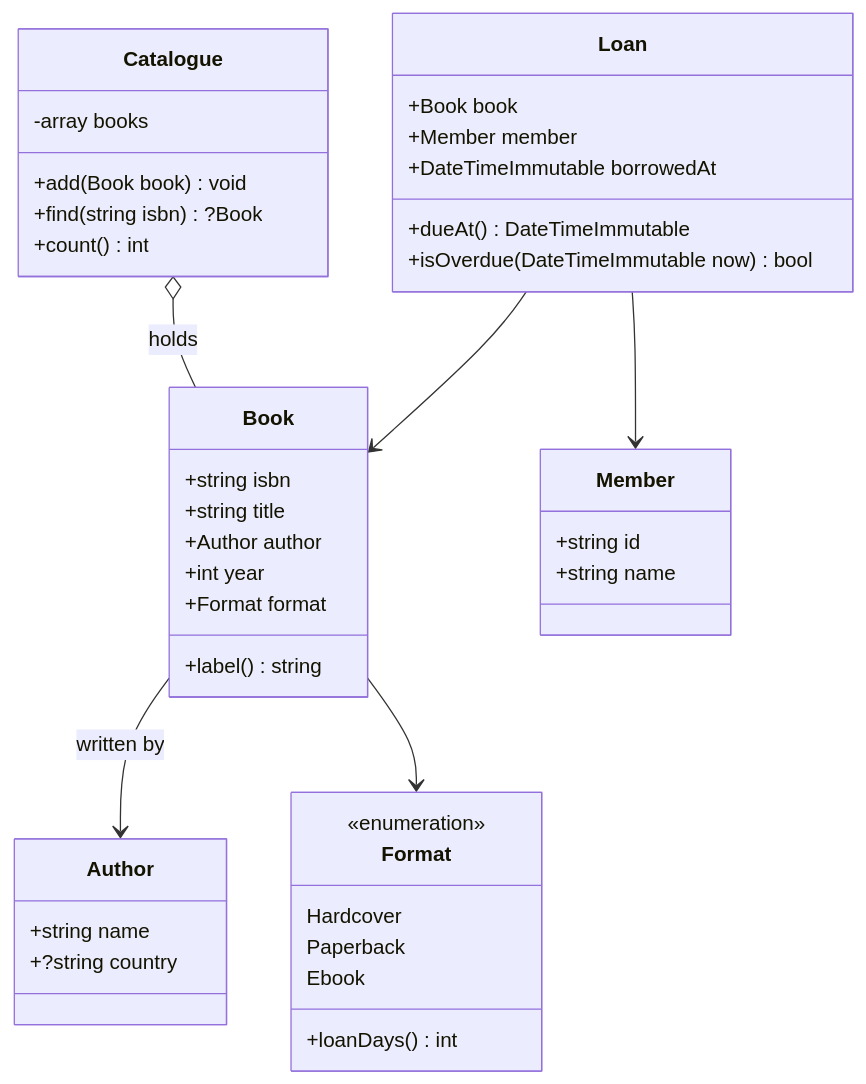
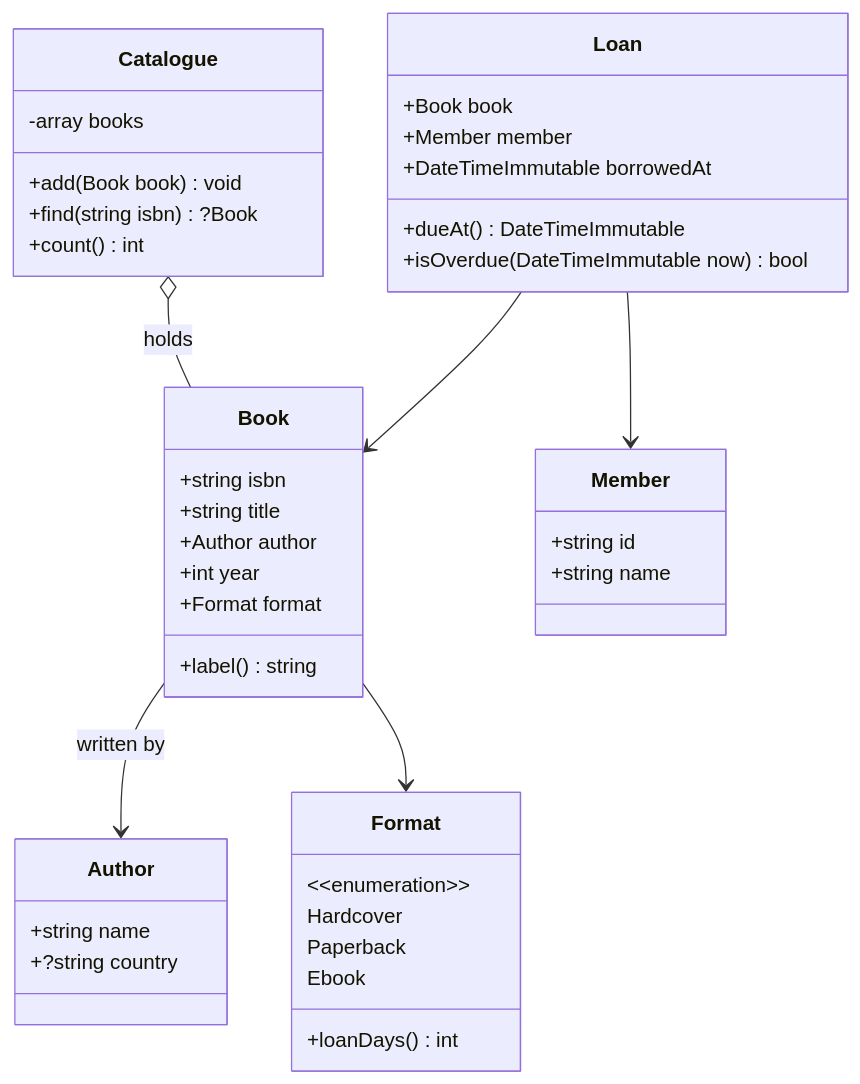
Before and after one commit to albertoirurueta/docs: the diagram in modules/ROOT/pages/programming-languages/php/classes-and-objects.adoc, drawn with Mermaid. The commit also changed 10 other files, not shown here.

First line of the commit message:
Fix Mermaid diagrams broken by HTML-parsed stereotypes

```diff
--- a/modules/ROOT/pages/programming-languages/php/classes-and-objects.adoc
+++ b/modules/ROOT/pages/programming-languages/php/classes-and-objects.adoc
@@ -11,45 +11,45 @@
 [mermaid]
 ....
 classDiagram
     class Author {
         +string name
         +?string country
     }
     class Book {
         +string isbn
         +string title
         +Author author
         +int year
         +Format format
         +label() string
     }
     class Format {
-        <<enumeration>>
+        &lt;&lt;enumeration&gt;&gt;
         Hardcover
         Paperback
         Ebook
         +loanDays() int
     }
     class Member {
         +string id
         +string name
     }
     class Loan {
         +Book book
         +Member member
         +DateTimeImmutable borrowedAt
         +dueAt() DateTimeImmutable
         +isOverdue(DateTimeImmutable now) bool
     }
     class Catalogue {
         -array books
         +add(Book book) void
         +find(string isbn) ?Book
         +count() int
     }
     Book --> Author : written by
     Book --> Format
     Loan --> Book
     Loan --> Member
     Catalogue o-- Book : holds
 ....
```
